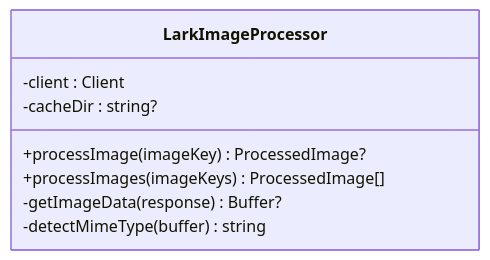
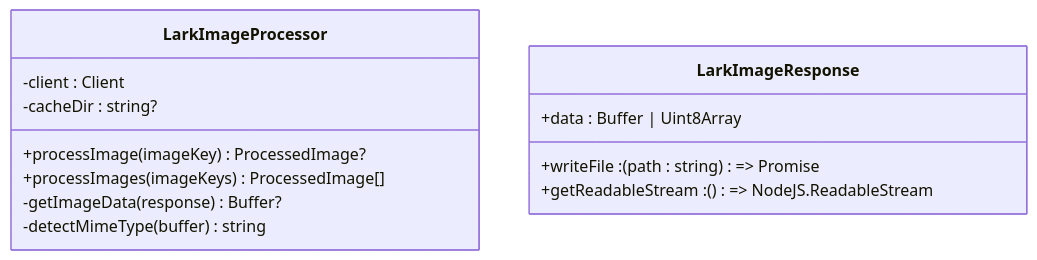
Before and after one commit to HeXiaoShu520/feishu-pi: the third of 5 diagrams in .qoder/repowiki/zh/content/飞书集成/图片处理系统.md, drawn with Mermaid. The commit also changed other lines of this file and 47 other files, not shown here.

````diff
--- a/.qoder/repowiki/zh/content/飞书集成/图片处理系统.md
+++ b/.qoder/repowiki/zh/content/飞书集成/图片处理系统.md
@@ -120,11 +134,16 @@
 ```mermaid
 classDiagram
 class LarkImageProcessor {
 -client : Client
 -cacheDir : string?
 +processImage(imageKey) ProcessedImage?
 +processImages(imageKeys) ProcessedImage[]
 -getImageData(response) Buffer?
 -detectMimeType(buffer) string
 }
+class LarkImageResponse {
++data : Buffer | Uint8Array
++writeFile : (path : string) => Promise<void>
++getReadableStream : () => NodeJS.ReadableStream
+}
 ```
````
